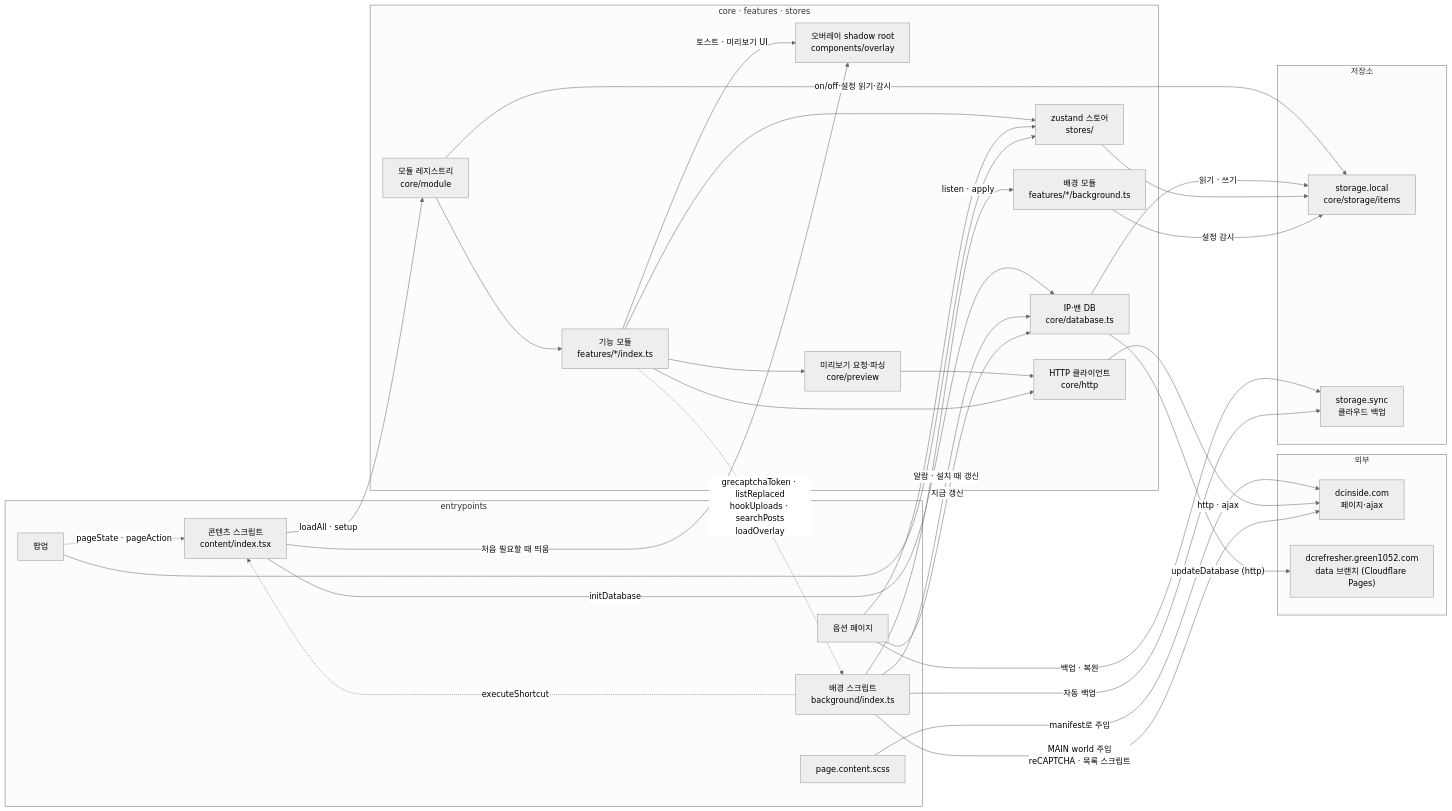
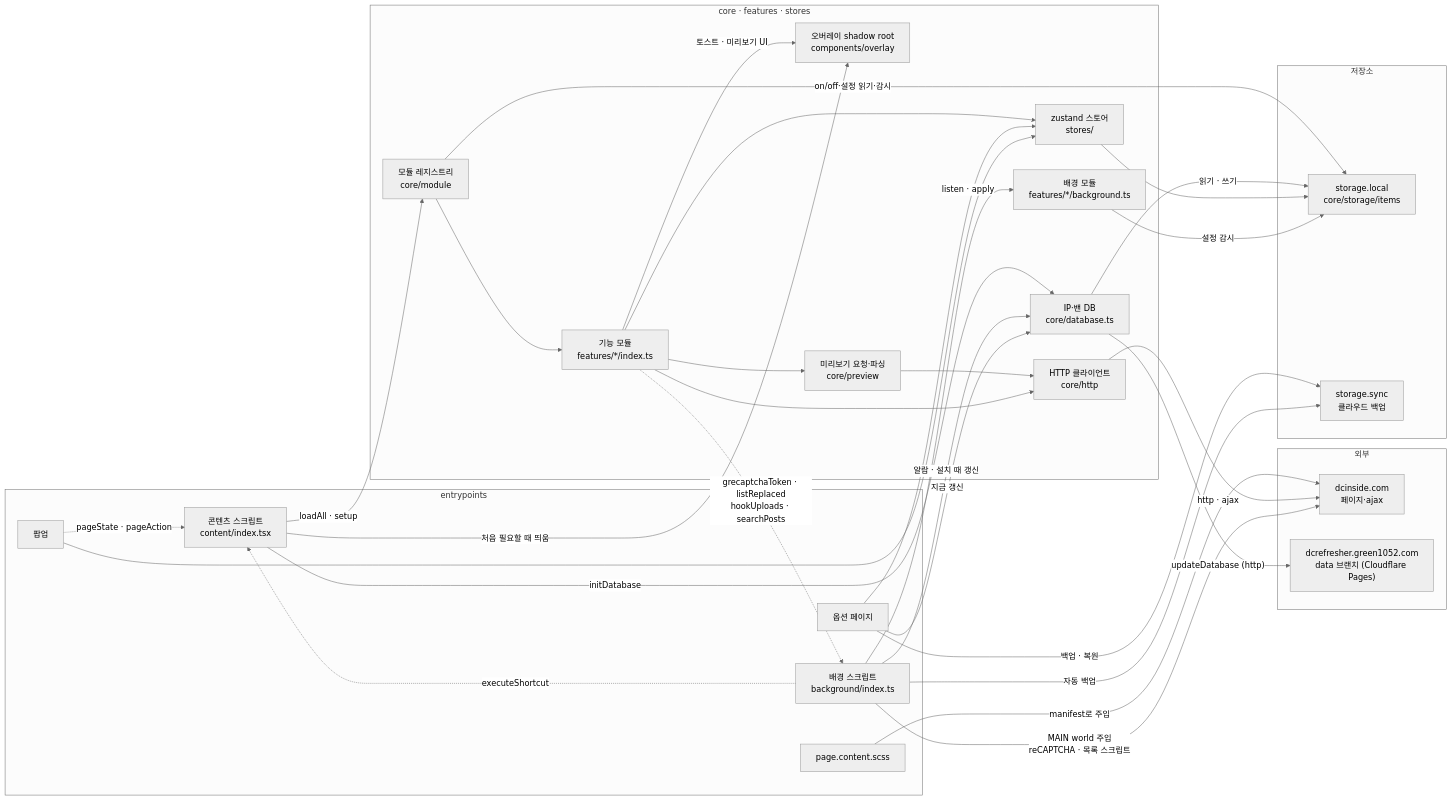
Before and after one commit to green1052/DCRefresher-Reborn: the first of 6 diagrams in docs/DEVELOPMENT.md, drawn with Mermaid (neutral theme). The commit also changed other lines of this file and 6 other files, not shown here.

````diff
--- a/docs/DEVELOPMENT.md
+++ b/docs/DEVELOPMENT.md
@@ -110,59 +108,59 @@
 ```mermaid
 flowchart LR
     subgraph EXT["외부"]
         DC["dcinside.com<br>페이지·ajax"]
         GH["dcrefresher.green1052.com<br>data 브랜치 (Cloudflare Pages)"]
     end
 
     subgraph ENTRY["entrypoints"]
         CS["콘텐츠 스크립트<br>content/index.tsx"]
         PCSS["page.content.scss"]
         BG["배경 스크립트<br>background/index.ts"]
         OPT["옵션 페이지"]
         POP["팝업"]
     end
 
     subgraph CORE["core · features · stores"]
         REG["모듈 레지스트리<br>core/module"]
         FEAT["기능 모듈<br>features/*/index.ts"]
         BGM["배경 모듈<br>features/*/background.ts"]
         OV["오버레이 shadow root<br>components/overlay"]
         PREV["미리보기 요청·파싱<br>core/preview"]
         HTTP["HTTP 클라이언트<br>core/http"]
         DB["IP·밴 DB<br>core/database.ts"]
         ST["zustand 스토어<br>stores/"]
     end
 
     subgraph STORE["저장소"]
         LOCAL["storage.local<br>core/storage/items"]
         SYNC["storage.sync<br>클라우드 백업"]
     end
 
     PCSS -->|"manifest로 주입"| DC
     CS -->|"loadAll · setup"| REG
     REG --> FEAT
     REG -->|"on/off·설정 읽기·감시"| LOCAL
     CS -->|"처음 필요할 때 띄움"| OV
     FEAT -->|"토스트 · 미리보기 UI"| OV
     FEAT --> PREV
     PREV --> HTTP
     FEAT --> HTTP
     HTTP -->|"http · ajax"| DC
     CS -->|"initDatabase"| DB
     BG -->|"알람 · 설치 때 갱신"| DB
     OPT -->|"지금 갱신"| DB
     DB -->|"updateDatabase (http)"| GH
     DB -->|"읽기 · 쓰기"| LOCAL
     FEAT --> ST
     OPT --> ST
     POP --> ST
     ST --> LOCAL
     OPT -->|"백업 · 복원"| SYNC
     BG -->|"자동 백업"| SYNC
     BG -->|"listen · apply"| BGM
     BGM -->|"설정 감시"| LOCAL
     BG -->|"MAIN world 주입<br>reCAPTCHA · 목록 스크립트"| DC
     BG -.->|"executeShortcut"| CS
-    FEAT -.->|"grecaptchaToken · listReplaced<br>hookUploads · searchPosts<br>loadOverlay"| BG
+    FEAT -.->|"grecaptchaToken · listReplaced<br>hookUploads · searchPosts"| BG
     POP -.->|"pageState · pageAction"| CS
 ```
````
